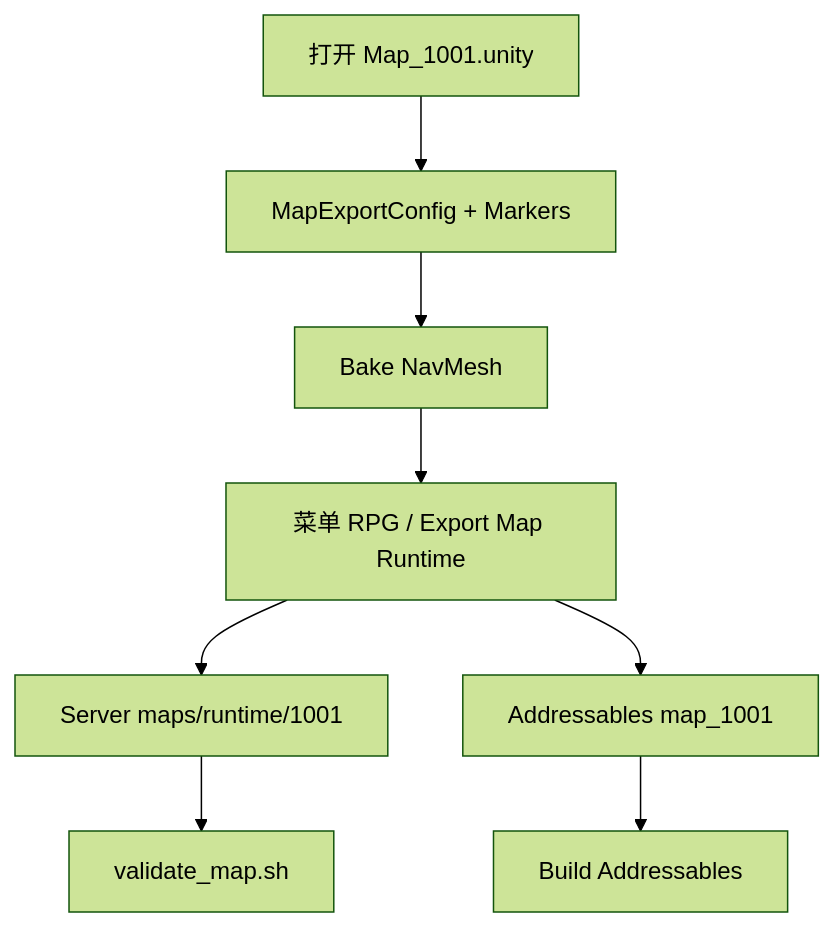
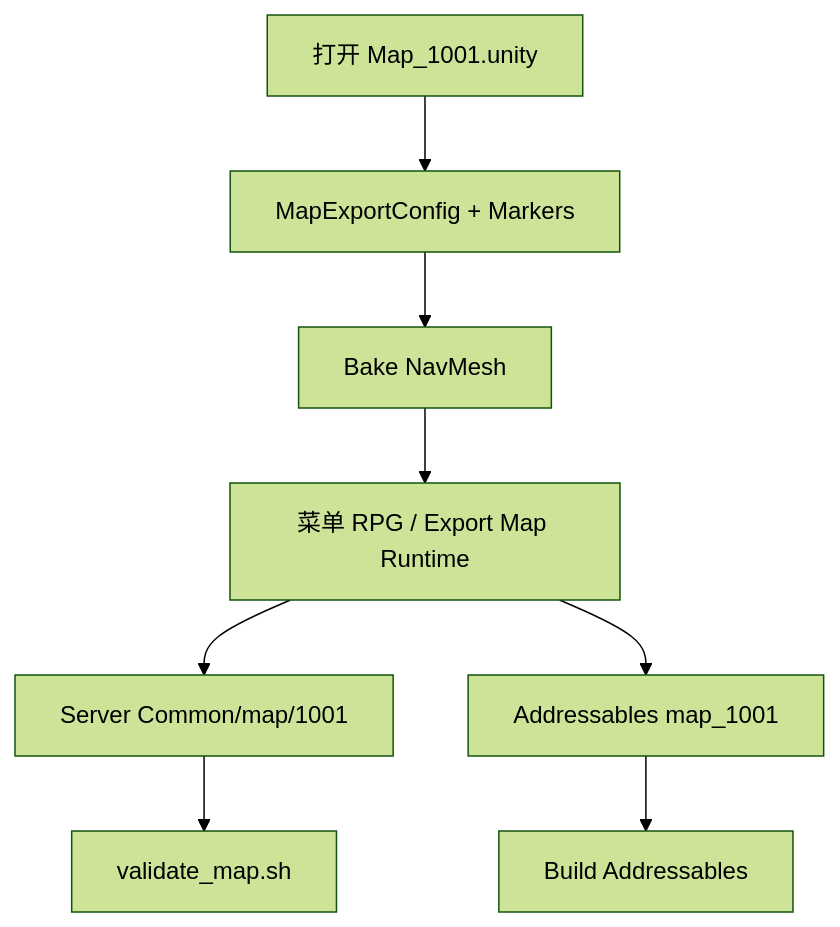
Before and after one commit to hechuangguo/RPG_Server: the fourth of 5 diagrams in docs/3D_DESIGN.md, drawn with Mermaid (forest theme). The commit also changed other lines of this file and 60 other files, not shown here.

Commit message:
优化服务器地图资源、策划表格机构

````diff
--- a/docs/3D_DESIGN.md
+++ b/docs/3D_DESIGN.md
@@ -438,10 +438,10 @@
 ```mermaid
 flowchart TD
     A[打开 Map_1001.unity] --> B[MapExportConfig + Markers]
     B --> C[Bake NavMesh]
     C --> D["菜单 RPG / Export Map Runtime"]
-    D --> E1[Server maps/runtime/1001]
+    D --> E1[Server Common/map/1001]
     D --> E2[Addressables map_1001]
     E1 --> F[validate_map.sh]
     E2 --> G[Build Addressables]
 ```
````
